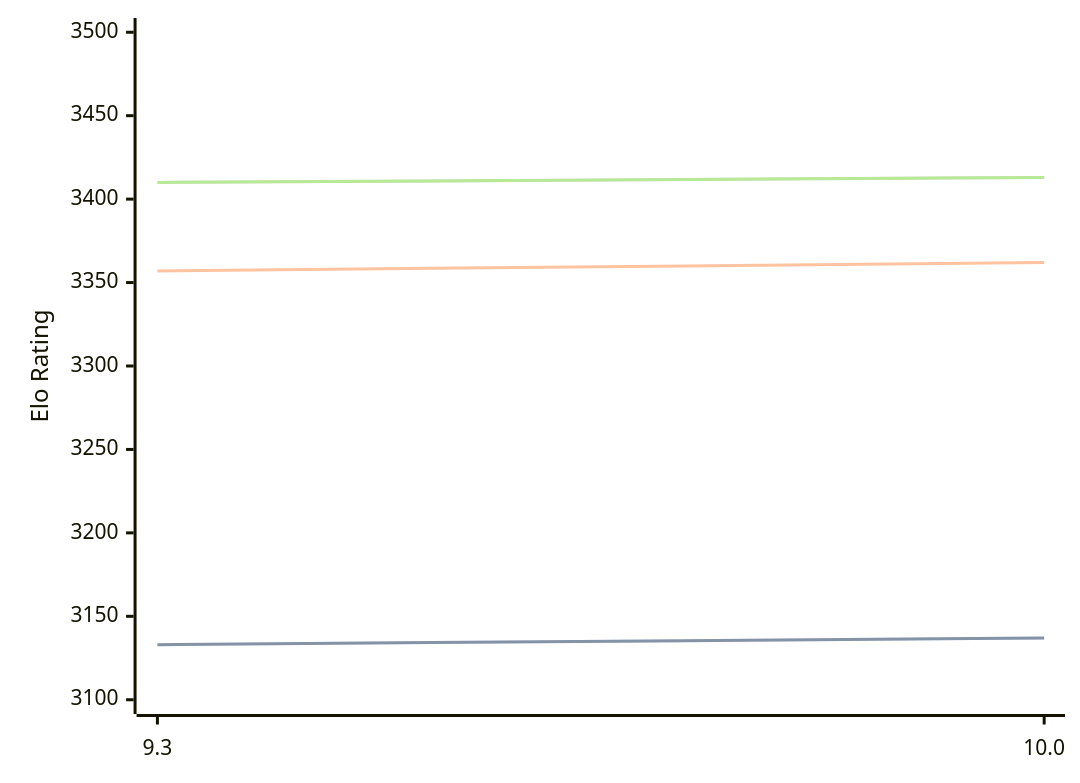
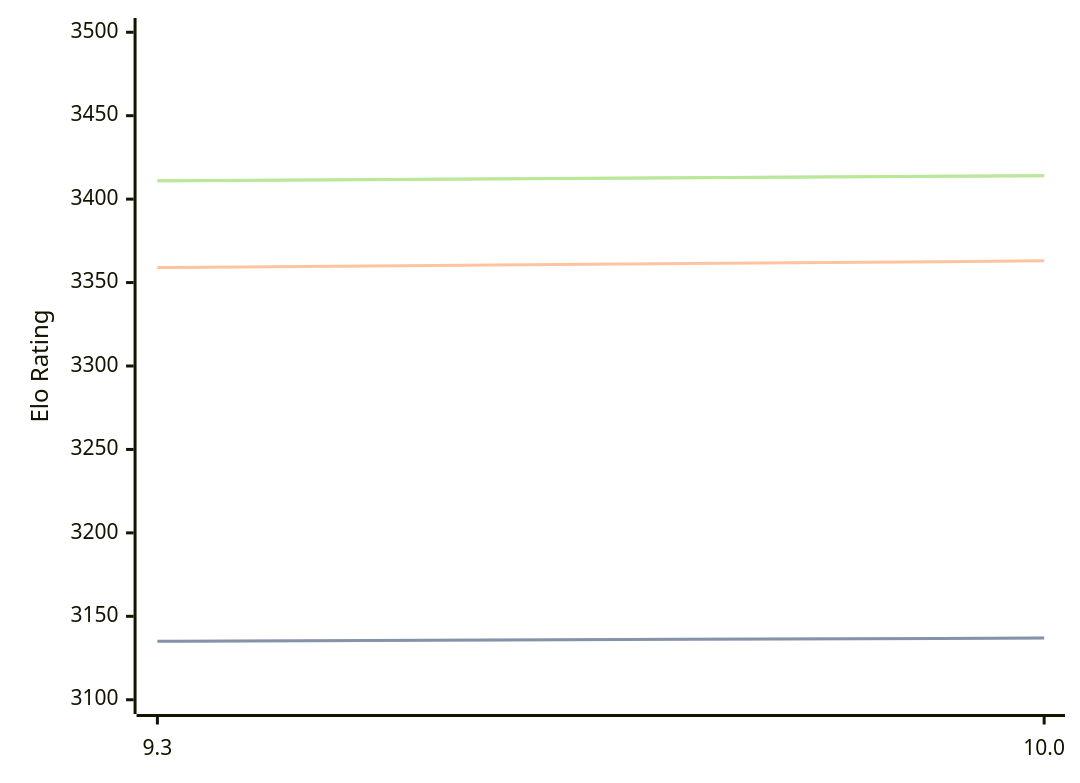
The first of 3 diagrams in engines/Fire.md (computer-chess-index/cci), drawn with Mermaid before and after one commit. The commit also changed other lines of this file, not shown here.

Commit message:
Update CCI Ratings (ELO VLTC) - 2026-06-23

````diff
--- a/engines/Fire.md
+++ b/engines/Fire.md
@@ -47,11 +47,11 @@
 ```mermaid
 %%{init: {"theme":"base","themeVariables":{"seriesColors:['#a3a3a3','#222221','#faa371']}}}%%
 xychart-beta
   x-axis ["9.3", "10.0"]
   y-axis "Elo Rating" 3100 --> 3500
-  line "STC (8.0+0.08s)" [3133, 3137]
-  line "STC (8.0+0.08s)" [3133, 3137]
-  line "LTC (60.0+0.60s)" [3357, 3362]
-  line "VLTC (2m24s+1.12s)" [3410, 3413]
-  line "VLTC (2m24s+1.12s)" [3410, 3413]
+  line "STC (8.0+0.08s)" [3135, 3137]
+  line "STC (8.0+0.08s)" [3135, 3137]
+  line "LTC (60.0+0.60s)" [3359, 3363]
+  line "VLTC (2m24s+1.12s)" [3411, 3414]
+  line "VLTC (2m24s+1.12s)" [3411, 3414]
 ```
````
